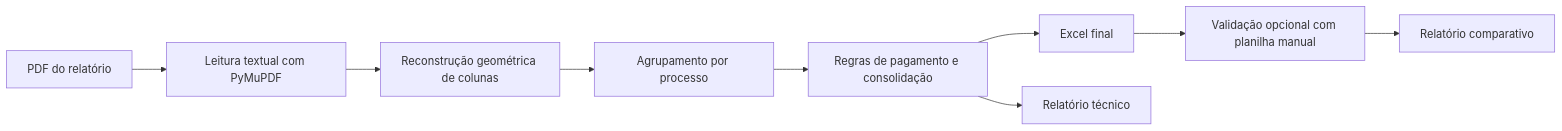
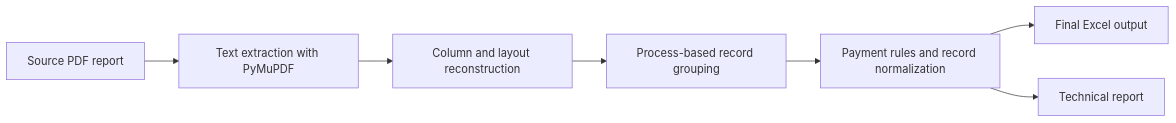
Before and after one commit to GabrielB-B/precatorios-pdf-to-excel: the diagram in README.md, drawn with Mermaid. The commit also changed other lines of this file and 3 other files, not shown here.

Commit message:
Refine product flow and normalize precatorio numbers

````diff
--- a/README.md
+++ b/README.md
@@ -68,11 +29,9 @@
 ```mermaid
 flowchart LR
-    A[PDF do relatório] --> B[Leitura textual com PyMuPDF]
-    B --> C[Reconstrução geométrica de colunas]
-    C --> D[Agrupamento por processo]
-    D --> E[Regras de pagamento e consolidação]
-    E --> F[Excel final]
-    E --> G[Relatório técnico]
-    F --> H[Validação opcional com planilha manual]
-    H --> I[Relatório comparativo]
+    A[Source PDF report] --> B[Text extraction with PyMuPDF]
+    B --> C[Column and layout reconstruction]
+    C --> D[Process-based record grouping]
+    D --> E[Payment rules and record normalization]
+    E --> F[Final Excel output]
+    E --> G[Technical report]
 ```
````
